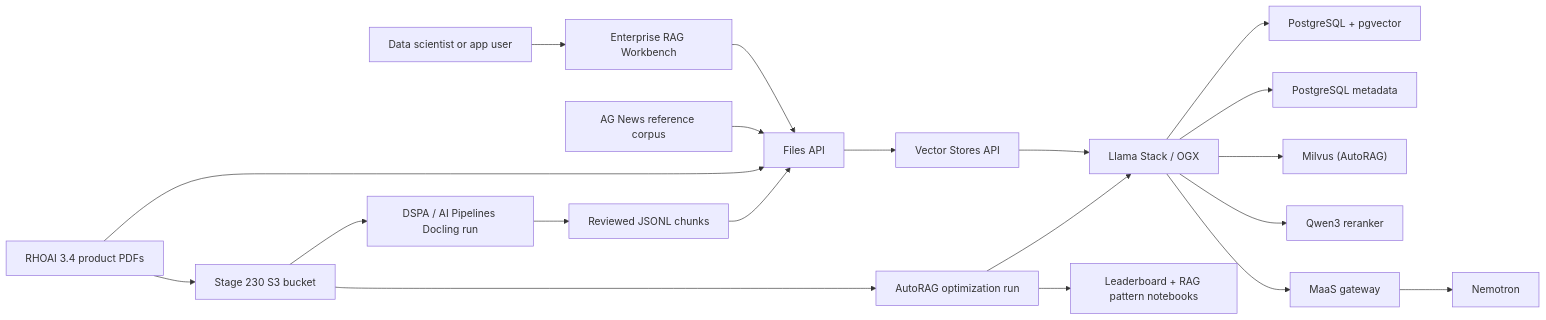
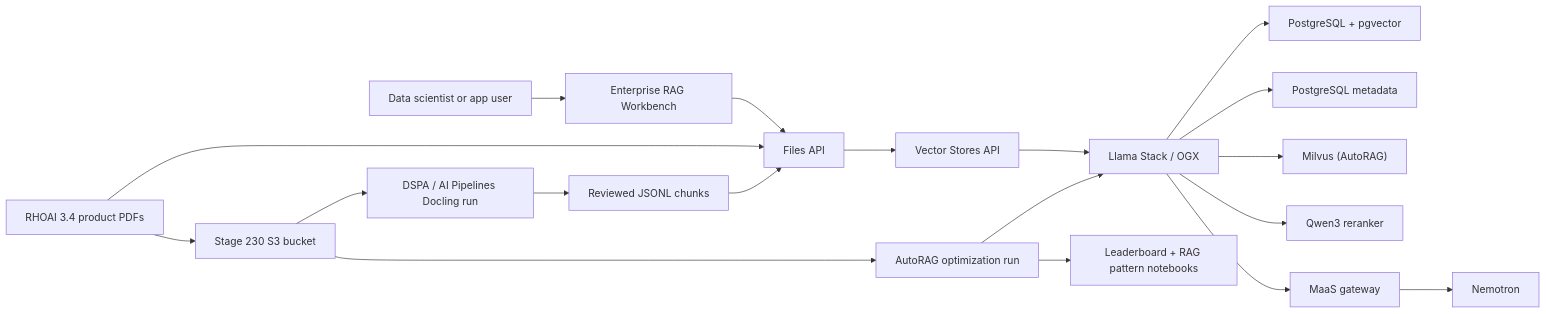
Before and after one commit to adnan-drina/rhoai3-demo: the diagram in stage-230-private-data-rag/README.md, drawn with Mermaid. The commit also changed other lines of this file and 23 other files, not shown here.

````diff
--- a/stage-230-private-data-rag/README.md
+++ b/stage-230-private-data-rag/README.md
@@ -73,41 +72,39 @@
 ```mermaid
 flowchart LR
   user["Data scientist or app user"]
-  agnews["AG News reference corpus"]
   rhoai_docs["RHOAI 3.4 product PDFs"]
   workbench["Enterprise RAG Workbench"]
   files["Files API"]
   vectors["Vector Stores API"]
   stack["Llama Stack / OGX"]
   pgvector["PostgreSQL + pgvector"]
   pg["PostgreSQL metadata"]
   milvus["Milvus (AutoRAG)"]
   reranker["Qwen3 reranker"]
   maas["MaaS gateway"]
   nemotron["Nemotron"]
   s3["Stage 230 S3 bucket"]
   dspa["DSPA / AI Pipelines Docling run"]
   autorag["AutoRAG optimization run"]
   chunks["Reviewed JSONL chunks"]
   leaderboard["Leaderboard + RAG pattern notebooks"]
 
   user --> workbench
   workbench --> files
-  agnews --> files
   rhoai_docs --> s3
   rhoai_docs --> files
   s3 --> dspa
   dspa --> chunks
   chunks --> files
   files --> vectors
   vectors --> stack
   stack --> pgvector
   stack --> pg
   stack --> milvus
   stack --> reranker
   stack --> maas
   maas --> nemotron
   s3 --> autorag
   autorag --> stack
   autorag --> leaderboard
 ```
````
